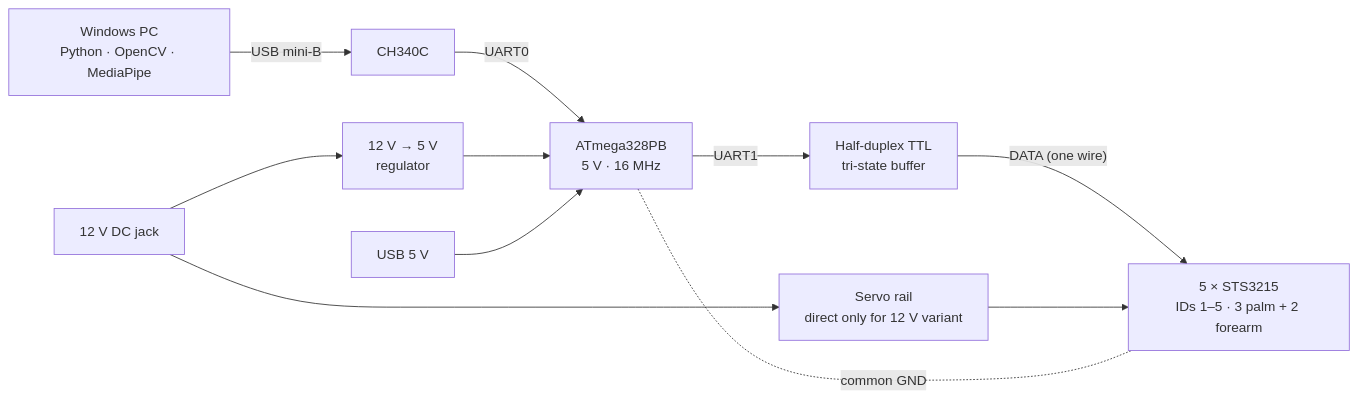
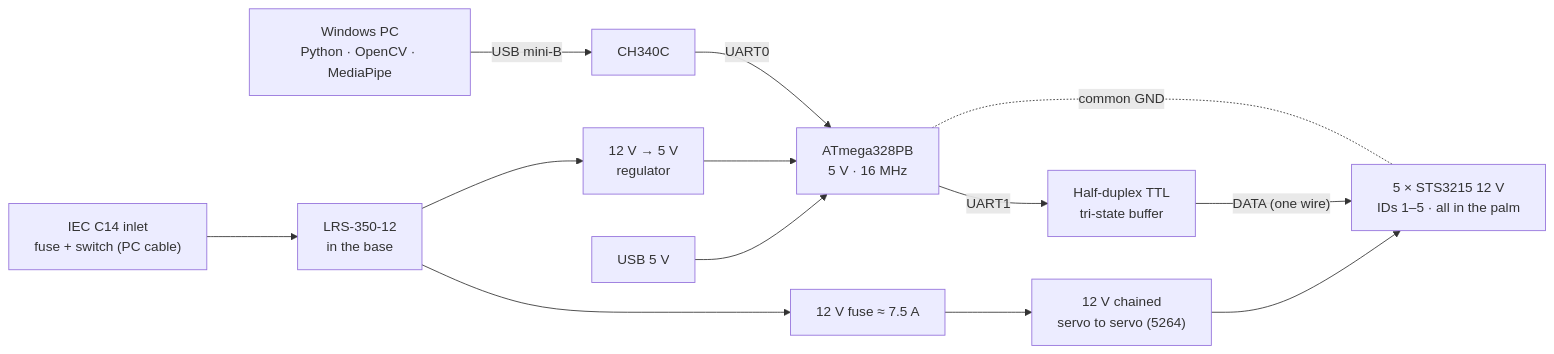
One commit to incom8134-web/robot-hand changed the first of 2 diagrams in README.md. Above: the diagram before and after it, drawn with Mermaid. The commit also changed other lines of this file and 21 other files, not shown here.

First line of the commit message:
protoA: review fixes - pulley, M3 inserts, palm cable channel, vents, wrist tongue, docs

````diff
--- a/README.md
+++ b/README.md
@@ -43,13 +43,15 @@
 ```mermaid
 flowchart LR
     PC["Windows PC<br/>Python · OpenCV · MediaPipe"] -- "USB mini-B" --> CH[CH340C]
     CH -- UART0 --> MCU["ATmega328PB<br/>5 V · 16 MHz"]
     MCU -- UART1 --> BUF["Half-duplex TTL<br/>tri-state buffer"]
-    BUF -- "DATA (one wire)" --> SERVO["5 × STS3215<br/>IDs 1–5 · 3 palm + 2 forearm"]
-    JACK["12 V DC jack"] --> RAIL["Servo rail<br/>direct only for 12 V variant"]
+    BUF -- "DATA (one wire)" --> SERVO["5 × STS3215 12 V<br/>IDs 1–5 · all in the palm"]
+    MAINS["IEC C14 inlet<br/>fuse + switch (PC cable)"] --> PSU["LRS-350-12<br/>in the base"]
+    PSU --> FUSE12["12 V fuse ≈ 7.5 A"]
+    FUSE12 --> RAIL["12 V chained<br/>servo to servo (5264)"]
     RAIL --> SERVO
-    JACK --> REG["12 V → 5 V<br/>regulator"]
+    PSU --> REG["12 V → 5 V<br/>regulator"]
     REG --> MCU
     USB5["USB 5 V"] --> MCU
     MCU -. "common GND" .- SERVO
 ```
````
